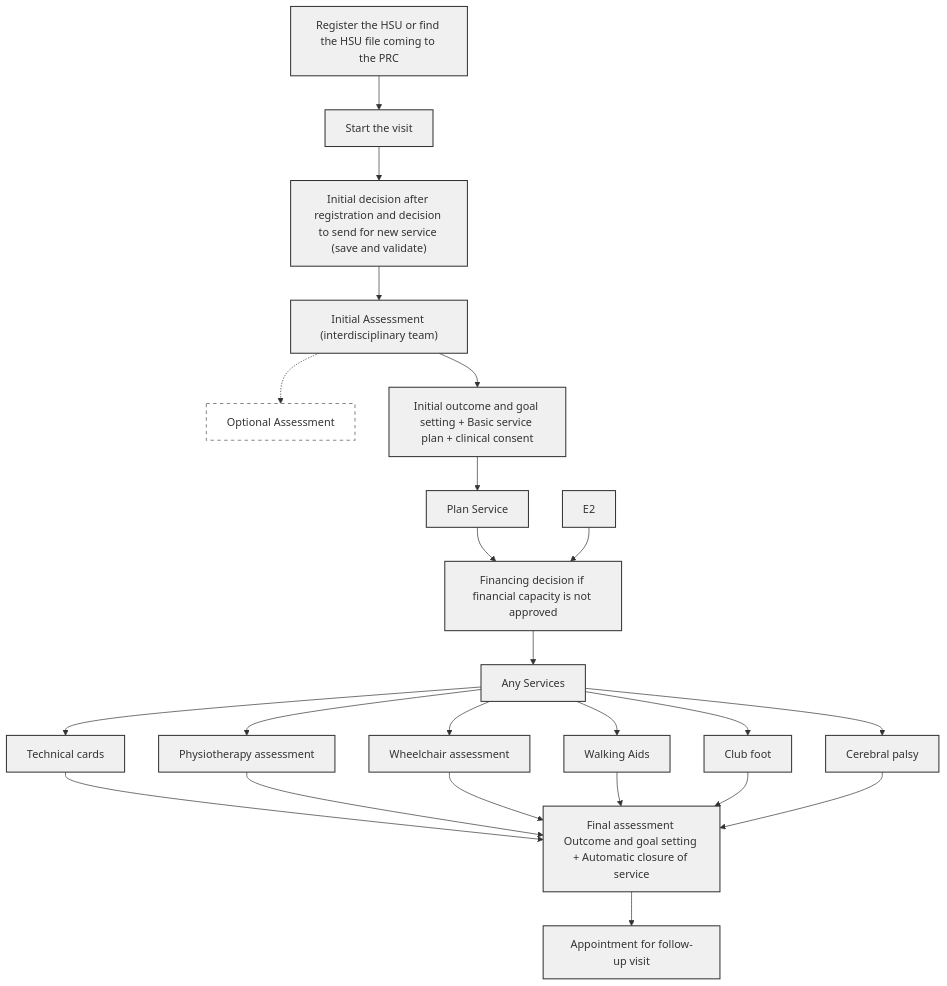
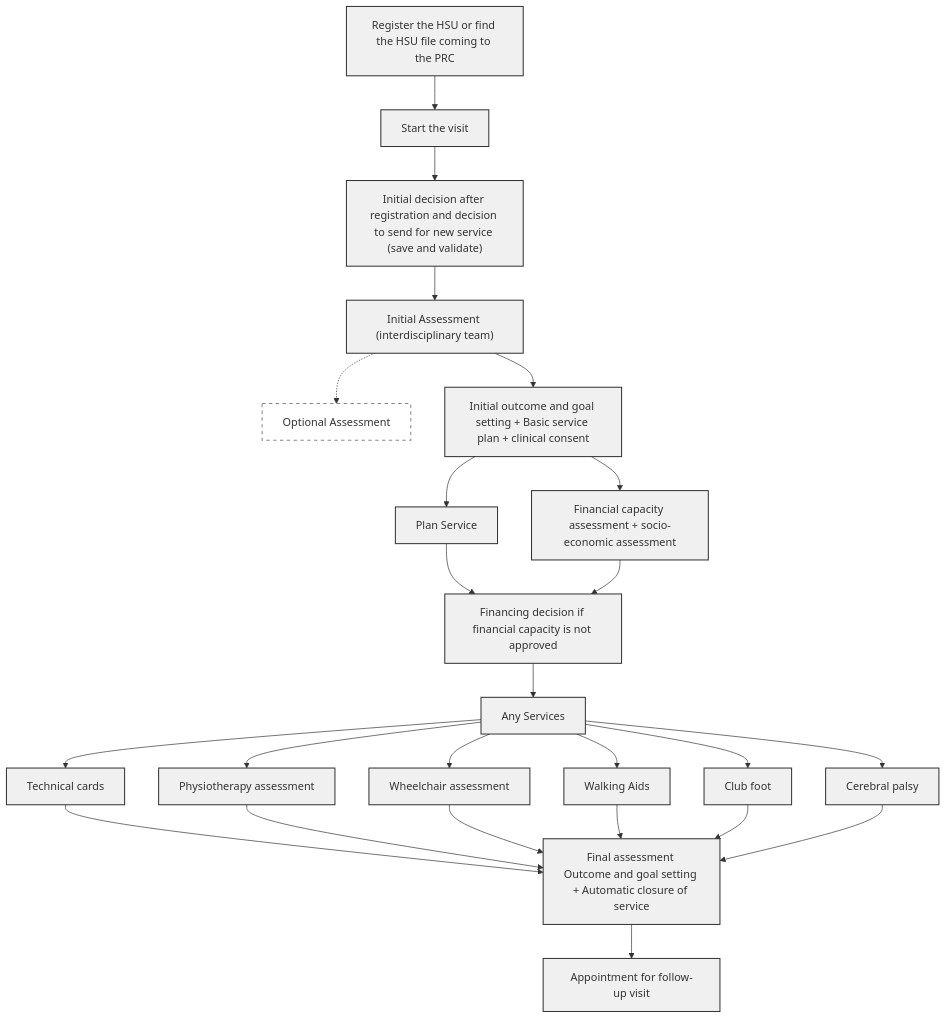
The first of 3 diagrams in digital-center-management-system-v2/openmrs/dcms-openmrs/hsu-journey-and-workflows/workflow-user-journey.md (icrc/digitalhealth-docs), drawn with Mermaid before and after one commit. The commit also changed other lines of this file and 35 other files, not shown here.

````diff
--- a/digital-center-management-system-v2/openmrs/dcms-openmrs/hsu-journey-and-workflows/workflow-user-journey.md
+++ b/digital-center-management-system-v2/openmrs/dcms-openmrs/hsu-journey-and-workflows/workflow-user-journey.md
@@ -54,43 +54,47 @@
 ```mermaid
 
   flowchart TB
     %% Main workflow
     A["Register the HSU or find the HSU file coming to the PRC"] --> 
     B["Start the visit"] --> 
     C["Initial decision after registration and decision to send for new service (save and validate)"] --> 
     D["Initial Assessment (interdisciplinary team)"]
 
     %% Optional assessment
     D -.-> D2["Optional Assessment"]
 
     D --> E["Initial outcome and goal setting + Basic service plan + clinical consent"]
+    
     E --> E1["Plan Service"]
-    E1 --> F["Financial capacity assessment + socio-economic assessment"]
-    E2 --> F["Financing decision if financial capacity is not approved"]
+    E --> E2["Financial capacity assessment + socio-economic assessment"]
+
+    E1 --> F["Financing decision if financial capacity is not approved"]
+    E2 --> F
+
     F --> G["Any Services"]
 
     %% Subgraph for services (no label), all connect directly to Final Assessment
     subgraph "" direction LR
         G --> G1["Technical cards"]
         G --> G2["Physiotherapy assessment"]
         G --> G3["Wheelchair assessment"]
         G --> G4["Walking Aids"]
         G --> G5["Club foot"]
         G --> G6["Cerebral palsy"]
     
     G1 --> K
     G2 --> K
     G3 --> K
     G4 --> K
     G5 --> K
     G6 --> K
 
     %% Final steps
     K["Final assessment Outcome and goal setting + Automatic closure of service"]
     K --> L["Appointment for follow-up visit"]
 
     %% Styling
     classDef default fill:#f0f0f0,stroke:#333,stroke-width:1.5px;
     classDef optional stroke-dasharray: 5 5,stroke:#888,fill:#ffffff;
     class D2 optional;
 ```
````
